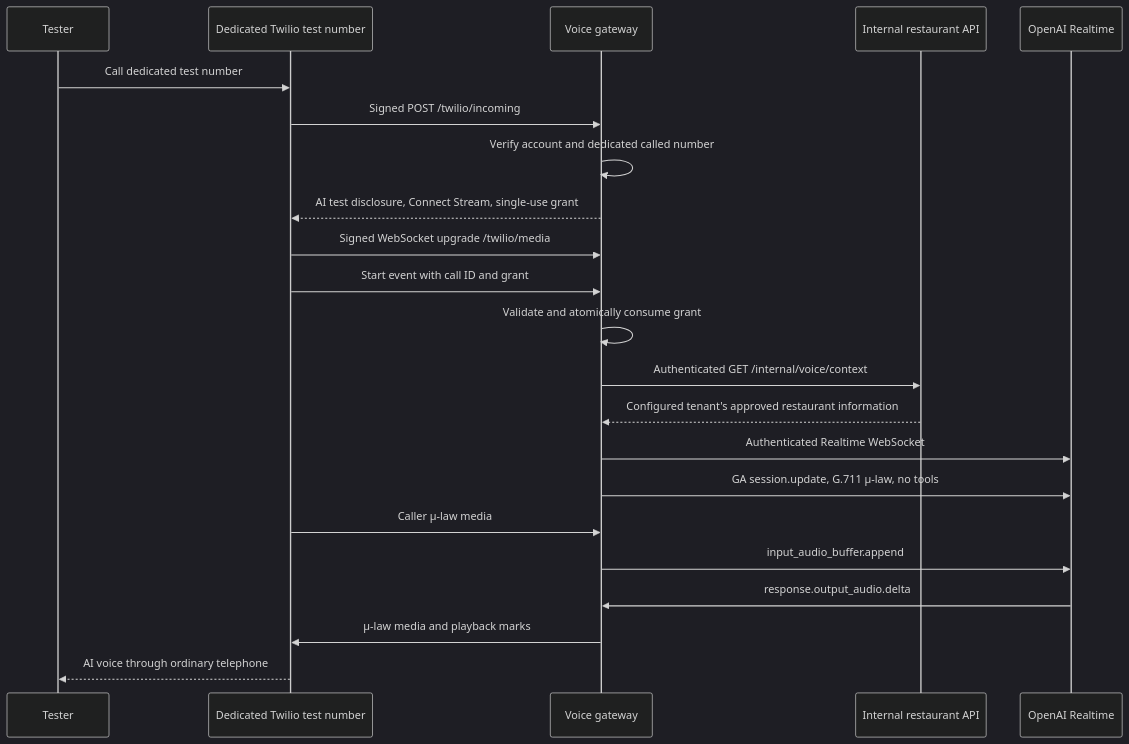
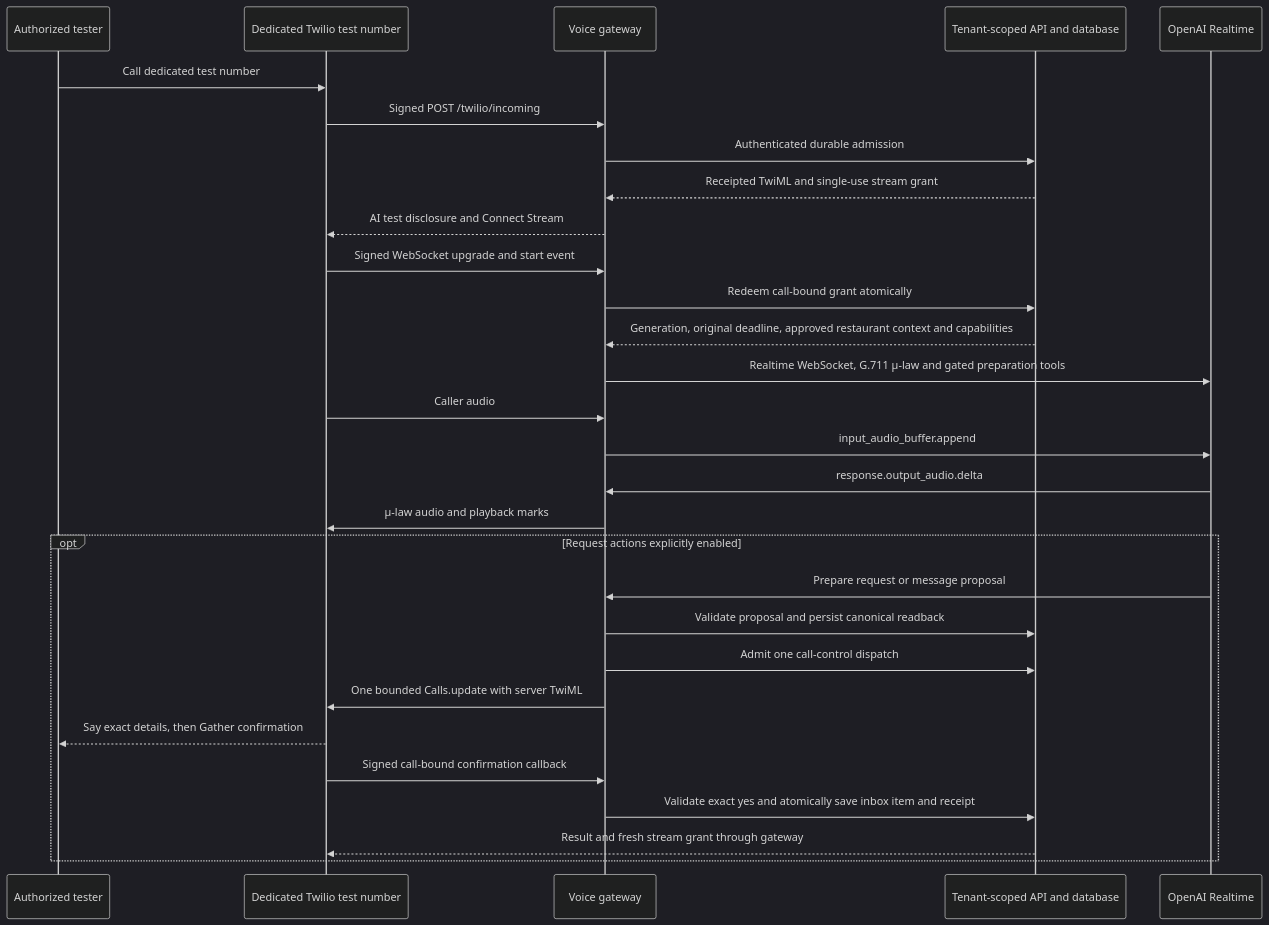
The diagram in docs/VOICE_SETUP.md (SahilWikhe/IVR_POC), drawn with Mermaid (dark theme) before and after one commit. The commit also changed other lines of this file and 38 other files, not shown here.

Commit message:
feat: add durable phone confirmation and staff transfer controls

````diff
--- a/docs/VOICE_SETUP.md
+++ b/docs/VOICE_SETUP.md
@@ -9,24 +13,31 @@
 ```mermaid
 sequenceDiagram
-    participant Caller as Tester
+    participant Caller as Authorized tester
     participant Twilio as Dedicated Twilio test number
     participant Gateway as Voice gateway
-    participant API as Internal restaurant API
+    participant API as Tenant-scoped API and database
     participant OpenAI as OpenAI Realtime
     Caller->>Twilio: Call dedicated test number
     Twilio->>Gateway: Signed POST /twilio/incoming
-    Gateway->>Gateway: Verify account and dedicated called number
-    Gateway-->>Twilio: AI test disclosure, Connect Stream, single-use grant
-    Twilio->>Gateway: Signed WebSocket upgrade /twilio/media
-    Twilio->>Gateway: Start event with call ID and grant
-    Gateway->>Gateway: Validate and atomically consume grant
-    Gateway->>API: Authenticated GET /internal/voice/context
-    API-->>Gateway: Configured tenant's approved restaurant information
-    Gateway->>OpenAI: Authenticated Realtime WebSocket
-    Gateway->>OpenAI: GA session.update, G.711 μ-law, no tools
-    Twilio->>Gateway: Caller μ-law media
+    Gateway->>API: Authenticated durable admission
+    API-->>Gateway: Receipted TwiML and single-use stream grant
+    Gateway-->>Twilio: AI test disclosure and Connect Stream
+    Twilio->>Gateway: Signed WebSocket upgrade and start event
+    Gateway->>API: Redeem call-bound grant atomically
+    API-->>Gateway: Generation, original deadline, approved restaurant context and capabilities
+    Gateway->>OpenAI: Realtime WebSocket, G.711 μ-law and gated preparation tools
+    Twilio->>Gateway: Caller audio
     Gateway->>OpenAI: input_audio_buffer.append
     OpenAI->>Gateway: response.output_audio.delta
-    Gateway->>Twilio: μ-law media and playback marks
-    Twilio-->>Caller: AI voice through ordinary telephone
+    Gateway->>Twilio: μ-law audio and playback marks
+    opt Request actions explicitly enabled
+        OpenAI->>Gateway: Prepare request or message proposal
+        Gateway->>API: Validate proposal and persist canonical readback
+        Gateway->>API: Admit one call-control dispatch
+        Gateway->>Twilio: One bounded Calls.update with server TwiML
+        Twilio-->>Caller: Say exact details, then Gather confirmation
+        Twilio->>Gateway: Signed call-bound confirmation callback
+        Gateway->>API: Validate exact yes and atomically save inbox item and receipt
+        API-->>Twilio: Result and fresh stream grant through gateway
+    end
 ```
````
